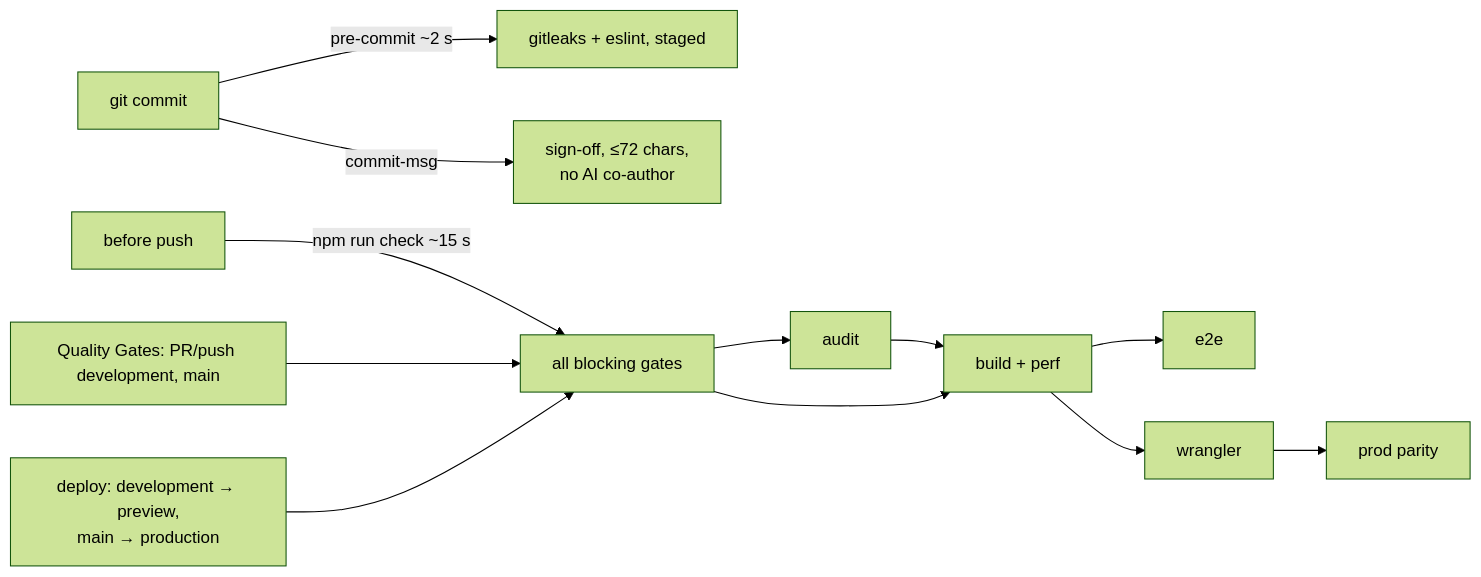
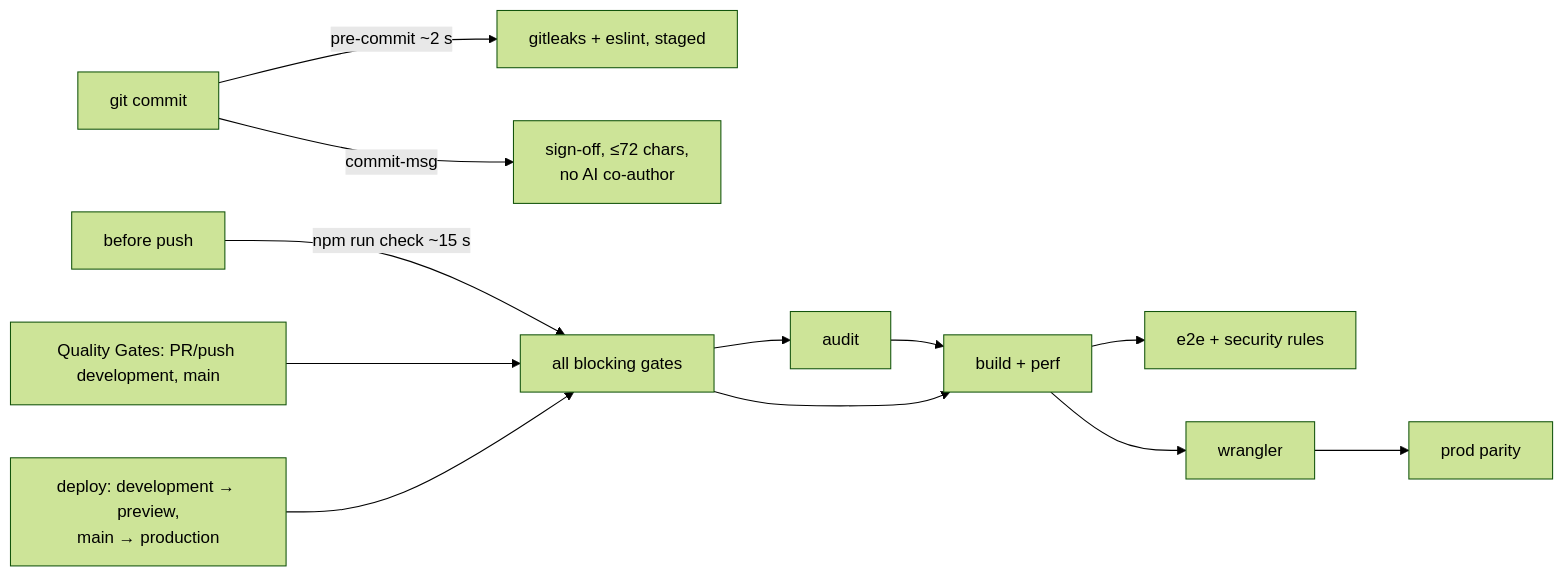
The diagram in docs/guides/CODE-QUALITY.md (Oweeboi011/MMS-Official-Site), drawn with Mermaid (forest theme) before and after one commit. The commit also changed other lines of this file and 13 other files, not shown here.

Commit message:
Port Open Climbs security rules and indexes

````diff
--- a/docs/guides/CODE-QUALITY.md
+++ b/docs/guides/CODE-QUALITY.md
@@ -5,8 +5,8 @@
 ```mermaid
 flowchart LR
   C[git commit] -->|pre-commit ~2 s| H[gitleaks + eslint, staged]
   C -->|commit-msg| M[sign-off, ≤72 chars,<br/>no AI co-author]
   L[before push] -->|npm run check ~15 s| K[all blocking gates]
-  QG[Quality Gates: PR/push development, main] --> K --> A[audit] --> B[build + perf] --> E[e2e]
+  QG[Quality Gates: PR/push development, main] --> K --> A[audit] --> B[build + perf] --> E[e2e + security rules]
   D[deploy: development → preview,<br/>main → production] --> K --> B --> W[wrangler] --> P[prod parity]
 ```
````
